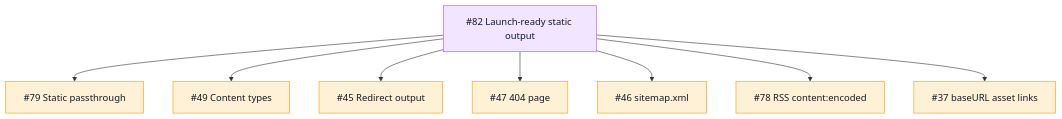
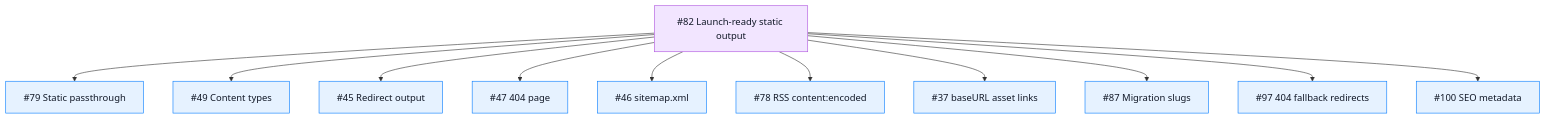
One commit to TileDown/tile-down changed the fifth of 9 diagrams in README.md. Above: the diagram before and after it, drawn with Mermaid. The commit also changed other lines of this file and 7 other files, not shown here.

Commit message:
feat(site): emit SEO metadata

````diff
--- a/README.md
+++ b/README.md
@@ -112,14 +115,18 @@
 ```mermaid
 flowchart TD
   Epic["#82 Launch-ready static output"]:::epic
-  Epic --> Static["#79 Static passthrough"]:::todo
-  Epic --> Types["#49 Content types"]:::todo
-  Epic --> Redirects["#45 Redirect output"]:::todo
-  Epic --> NotFound["#47 404 page"]:::todo
-  Epic --> Sitemap["#46 sitemap.xml"]:::todo
-  Epic --> RSS["#78 RSS content:encoded"]:::todo
-  Epic --> BaseURL["#37 baseURL asset links"]:::todo
+  Epic --> Static["#79 Static passthrough"]:::active
+  Epic --> Types["#49 Content types"]:::active
+  Epic --> Redirects["#45 Redirect output"]:::active
+  Epic --> NotFound["#47 404 page"]:::active
+  Epic --> Sitemap["#46 sitemap.xml"]:::active
+  Epic --> RSS["#78 RSS content:encoded"]:::active
+  Epic --> BaseURL["#37 baseURL asset links"]:::active
+  Epic --> Slugs["#87 Migration slugs"]:::active
+  Epic --> Fallbacks["#97 404 fallback redirects"]:::active
+  Epic --> Metadata["#100 SEO metadata"]:::active
 
   classDef epic fill:#f2e5ff,stroke:#af52de,color:#111827
+  classDef active fill:#e6f2ff,stroke:#007aff,color:#111827
   classDef todo fill:#fff1d6,stroke:#ff9500,color:#111827
 ```
````
